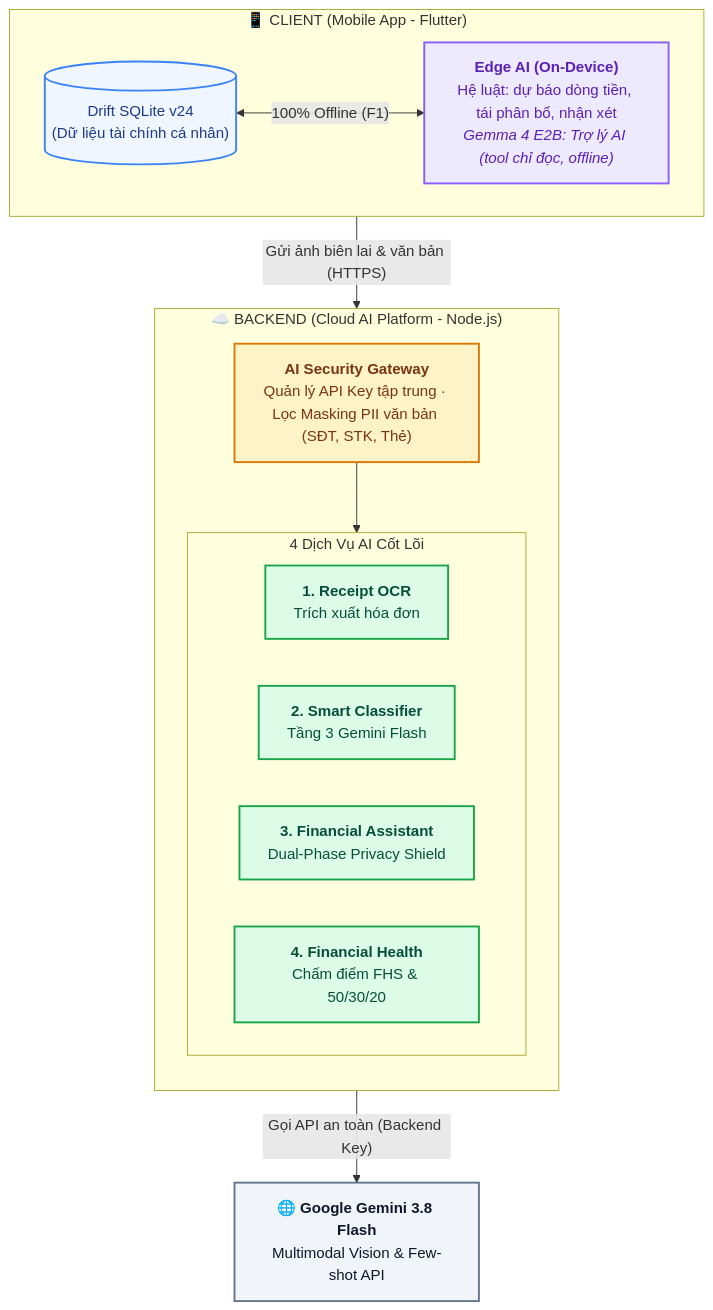
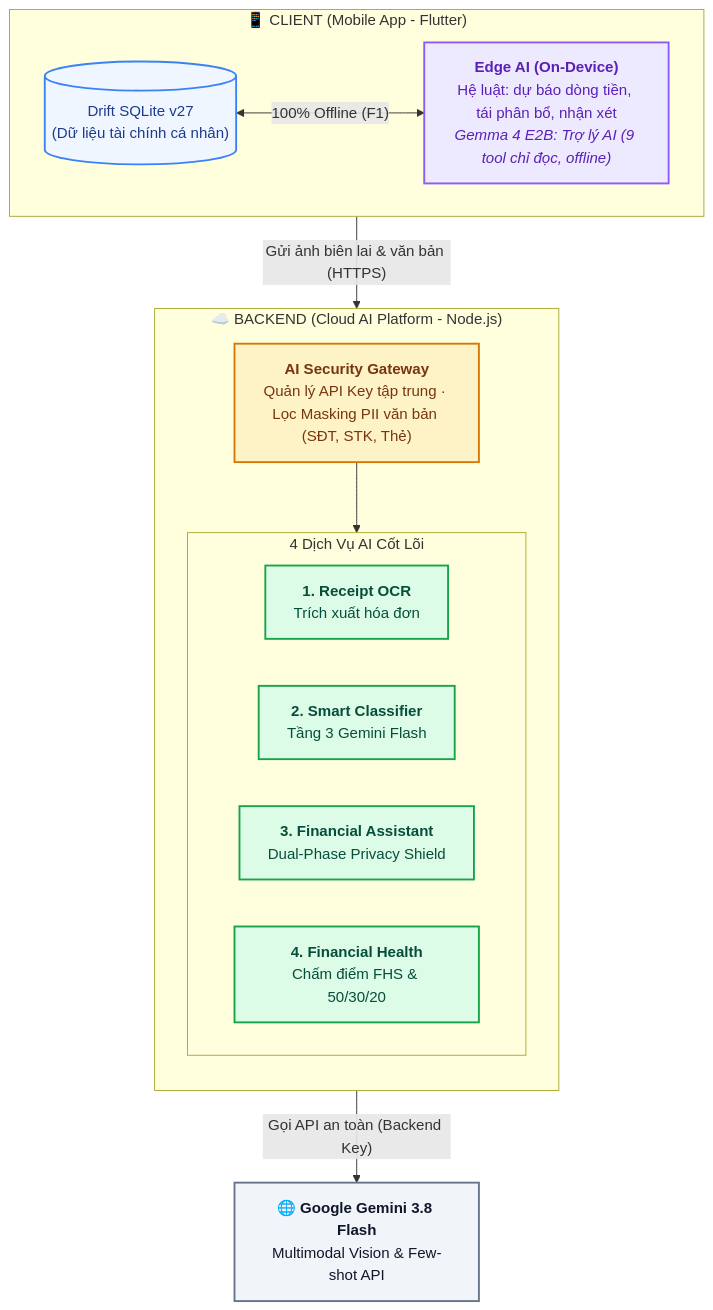
Before and after one commit to NguyenPhuBao/ManagementFinance: the first of 2 diagrams in docs/AI/AI_ARCHITECTURE_DIAGRAM.md, drawn with Mermaid. The commit also changed other lines of this file and 44 other files, not shown here.

First line of the commit message:
refactor(admin): tối ưu hóa polling dashboard, nâng cấp aiops sentinel và đồng bộ tài liệu kỹ thuật

````diff
--- a/docs/AI/AI_ARCHITECTURE_DIAGRAM.md
+++ b/docs/AI/AI_ARCHITECTURE_DIAGRAM.md
@@ -10,37 +10,37 @@
 ```mermaid
 flowchart TB
   %% Theme & Styling tối giản, hiện đại
   classDef client fill:#EFF6FF,stroke:#3B82F6,stroke-width:2px,color:#1E3A8A;
   classDef edge fill:#EDE9FE,stroke:#8B5CF6,stroke-width:2px,color:#5B21B6;
   classDef gateway fill:#FEF3C7,stroke:#D97706,stroke-width:2px,color:#78350F;
   classDef service fill:#DCFCE7,stroke:#16A34A,stroke-width:2px,color:#064E3B;
   classDef cloud fill:#F1F5F9,stroke:#64748B,stroke-width:2px,color:#0F172A;
 
   subgraph CLIENT["📱 CLIENT (Mobile App - Flutter)"]
     direction LR
-    LOCAL_DB[("Drift SQLite v24<br/>(Dữ liệu tài chính cá nhân)")]:::client
-    EDGE_AI["<b>Edge AI (On-Device)</b><br/>Hệ luật: dự báo dòng tiền, tái phân bổ, nhận xét<br/><i>Gemma 4 E2B: Trợ lý AI (tool chỉ đọc, offline)</i>"]:::edge
+    LOCAL_DB[("Drift SQLite v27<br/>(Dữ liệu tài chính cá nhân)")]:::client
+    EDGE_AI["<b>Edge AI (On-Device)</b><br/>Hệ luật: dự báo dòng tiền, tái phân bổ, nhận xét<br/><i>Gemma 4 E2B: Trợ lý AI (9 tool chỉ đọc, offline)</i>"]:::edge
     LOCAL_DB <-->|"100% Offline (F1)"| EDGE_AI
   end
 
   subgraph BACKEND["☁️ BACKEND (Cloud AI Platform - Node.js)"]
     direction TB
     GATEWAY["<b>AI Security Gateway</b><br/>Quản lý API Key tập trung · Lọc Masking PII văn bản (SĐT, STK, Thẻ)"]:::gateway
 
     subgraph PIPELINES["4 Dịch Vụ AI Cốt Lõi"]
       direction LR
       OCR["<b>1. Receipt OCR</b><br/>Trích xuất hóa đơn"]:::service
       CLASSIFIER["<b>2. Smart Classifier</b><br/>Tầng 3 Gemini Flash"]:::service
       ASSISTANT["<b>3. Financial Assistant</b><br/>Dual-Phase Privacy Shield"]:::service
       HEALTH["<b>4. Financial Health</b><br/>Chấm điểm FHS & 50/30/20"]:::service
     end
 
     GATEWAY --> PIPELINES
   end
 
   GEMINI["<b>🌐 Google Gemini 3.8 Flash</b><br/>Multimodal Vision & Few-shot API"]:::cloud
 
   %% Kết nối chính
   CLIENT -->|"Gửi ảnh biên lai & văn bản (HTTPS)"| GATEWAY
   PIPELINES -->|"Gọi API an toàn (Backend Key)"| GEMINI
 ```
````
